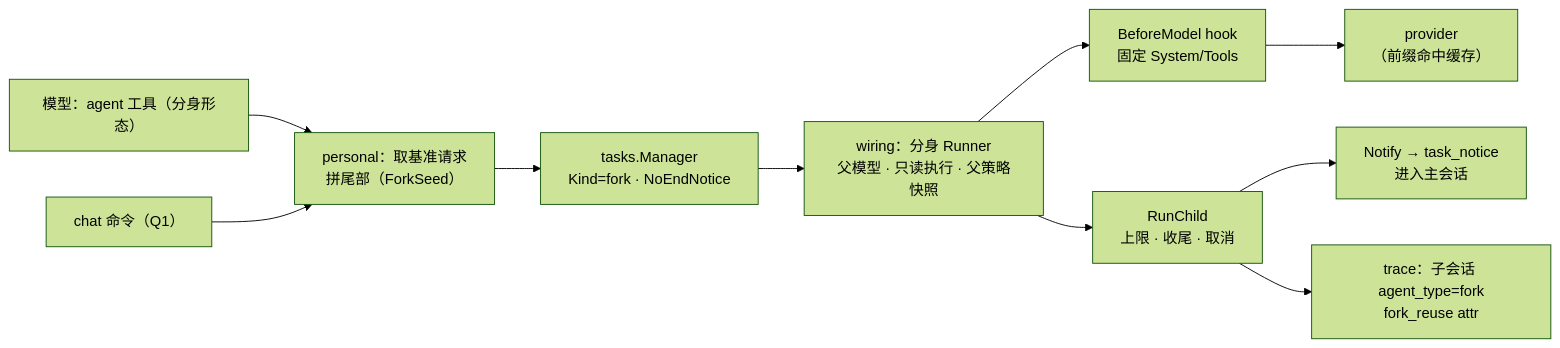
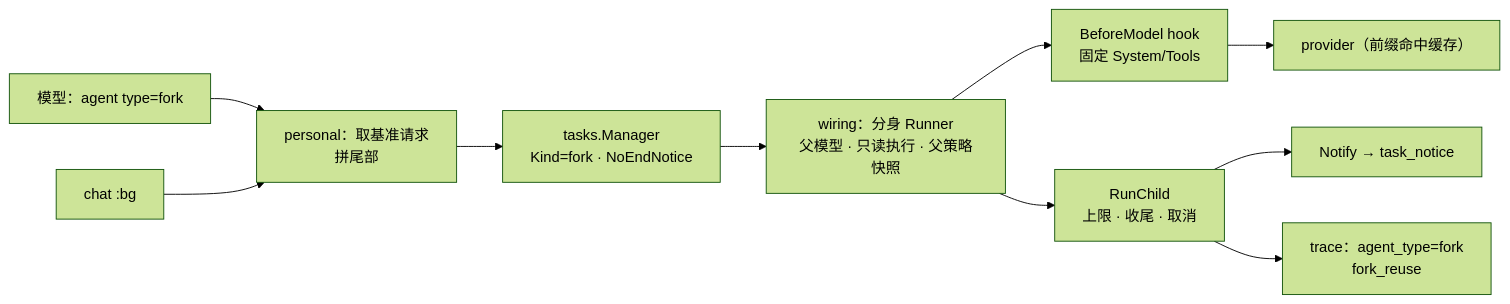
Before and after one commit to inhere/suga: the diagram in docs/design/2026-11-26-background-fork-design.md, drawn with Mermaid (forest theme). The commit also changed other lines of this file, not shown here.

Commit message:
docs(design): background fork design 0.2

````diff
--- a/docs/design/2026-11-26-background-fork-design.md
+++ b/docs/design/2026-11-26-background-fork-design.md
@@ -97,12 +89,12 @@
 ```mermaid
 flowchart LR
-  T["模型：agent 工具（分身形态）"] --> S["personal：取基准请求\n拼尾部（ForkSeed）"]
-  C["chat 命令（Q1）"] --> S
+  T["模型：agent type=fork"] --> S["personal：取基准请求\n拼尾部"]
+  C["chat :bg"] --> S
   S --> TM["tasks.Manager\nKind=fork · NoEndNotice"]
   TM --> W["wiring：分身 Runner\n父模型 · 只读执行 · 父策略快照"]
   W --> H["BeforeModel hook\n固定 System/Tools"]
-  H --> P["provider\n（前缀命中缓存）"]
+  H --> P["provider（前缀命中缓存）"]
   W --> RC["RunChild\n上限 · 收尾 · 取消"]
-  RC --> N["Notify → task_notice\n进入主会话"]
-  RC --> TR["trace：子会话 agent_type=fork\nfork_reuse attr"]
+  RC --> N["Notify → task_notice"]
+  RC --> TR["trace：agent_type=fork\nfork_reuse"]
 ```
````
